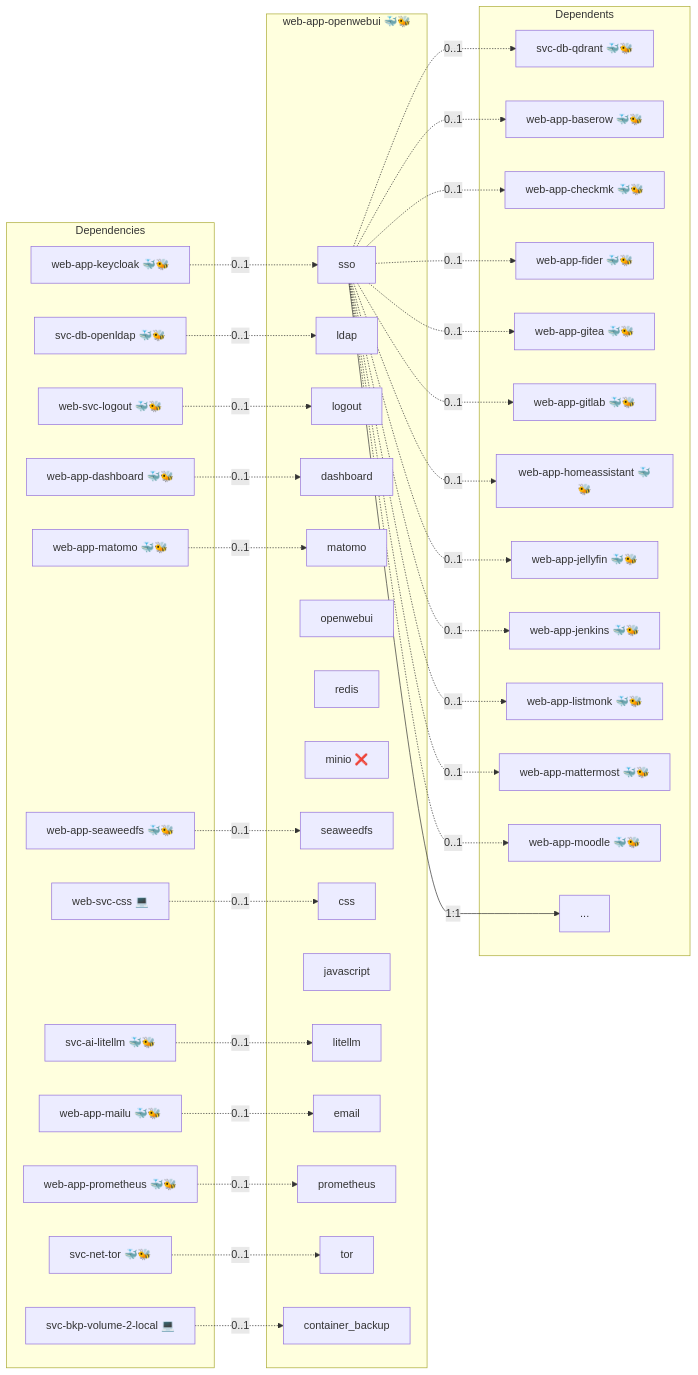
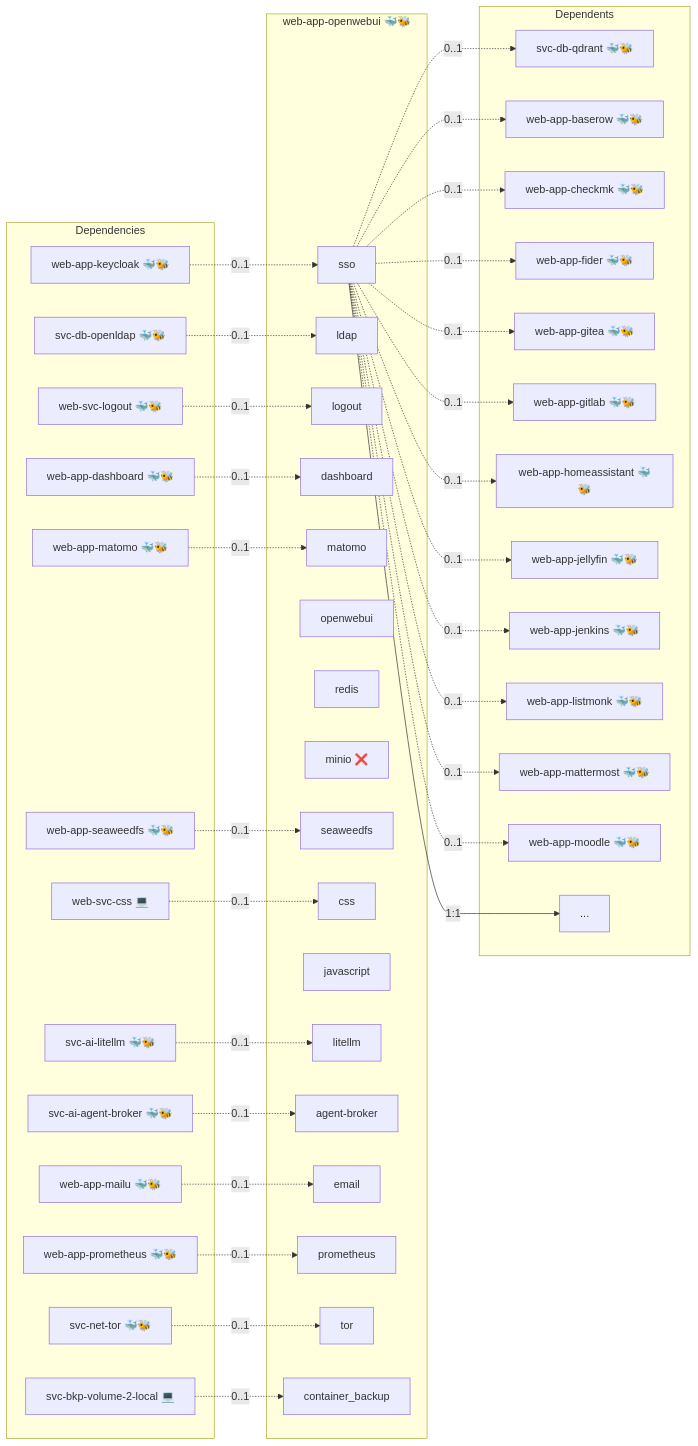
Before and after one commit to infinito-nexus/core: the diagram in roles/web-app-openwebui/README.md, drawn with Mermaid. The commit also changed other lines of this file and 15 other files, not shown here.

````diff
--- a/roles/web-app-openwebui/README.md
+++ b/roles/web-app-openwebui/README.md
@@ -15,75 +15,78 @@
 ```mermaid
 flowchart LR
     subgraph deps [Dependencies]
+        dep_svc_ai_agent_broker["svc-ai-agent-broker 🐳🐝"]
         dep_svc_ai_litellm["svc-ai-litellm 🐳🐝"]
         dep_svc_bkp_volume_2_local["svc-bkp-volume-2-local 💻"]
         dep_svc_db_openldap["svc-db-openldap 🐳🐝"]
         dep_svc_net_tor["svc-net-tor 🐳🐝"]
         dep_web_app_dashboard["web-app-dashboard 🐳🐝"]
         dep_web_app_keycloak["web-app-keycloak 🐳🐝"]
         dep_web_app_mailu["web-app-mailu 🐳🐝"]
         dep_web_app_matomo["web-app-matomo 🐳🐝"]
         dep_web_app_prometheus["web-app-prometheus 🐳🐝"]
         dep_web_app_seaweedfs["web-app-seaweedfs 🐳🐝"]
         dep_web_svc_css["web-svc-css 💻"]
         dep_web_svc_logout["web-svc-logout 🐳🐝"]
     end
     subgraph role [web-app-openwebui 🐳🐝]
         svc_sso["sso"]
         svc_ldap["ldap"]
         svc_logout["logout"]
         svc_dashboard["dashboard"]
         svc_matomo["matomo"]
         svc_openwebui["openwebui"]
         svc_redis["redis"]
         svc_minio["minio ❌"]
         svc_seaweedfs["seaweedfs"]
         svc_css["css"]
         svc_javascript["javascript"]
         svc_litellm["litellm"]
+        svc_agent_broker["agent-broker"]
         svc_email["email"]
         svc_prometheus["prometheus"]
         svc_tor["tor"]
         svc_container_backup["container_backup"]
     end
     subgraph dependents [Dependents]
         dpt_svc_db_qdrant["svc-db-qdrant 🐳🐝"]
         dpt_web_app_baserow["web-app-baserow 🐳🐝"]
         dpt_web_app_checkmk["web-app-checkmk 🐳🐝"]
         dpt_web_app_fider["web-app-fider 🐳🐝"]
         dpt_web_app_gitea["web-app-gitea 🐳🐝"]
         dpt_web_app_gitlab["web-app-gitlab 🐳🐝"]
         dpt_web_app_homeassistant["web-app-homeassistant 🐳🐝"]
         dpt_web_app_jellyfin["web-app-jellyfin 🐳🐝"]
         dpt_web_app_jenkins["web-app-jenkins 🐳🐝"]
         dpt_web_app_listmonk["web-app-listmonk 🐳🐝"]
         dpt_web_app_mattermost["web-app-mattermost 🐳🐝"]
         dpt_web_app_moodle["web-app-moodle 🐳🐝"]
         dpt_more["..."]
     end
+    dep_svc_ai_agent_broker -. "0..1" .-> svc_agent_broker
     dep_svc_ai_litellm -. "0..1" .-> svc_litellm
     dep_svc_bkp_volume_2_local -. "0..1" .-> svc_container_backup
     dep_svc_db_openldap -. "0..1" .-> svc_ldap
     dep_svc_net_tor -. "0..1" .-> svc_tor
     dep_web_app_dashboard -. "0..1" .-> svc_dashboard
     dep_web_app_keycloak -. "0..1" .-> svc_sso
     dep_web_app_mailu -. "0..1" .-> svc_email
     dep_web_app_matomo -. "0..1" .-> svc_matomo
     dep_web_app_prometheus -. "0..1" .-> svc_prometheus
     dep_web_app_seaweedfs -. "0..1" .-> svc_seaweedfs
     dep_web_svc_css -. "0..1" .-> svc_css
     dep_web_svc_logout -. "0..1" .-> svc_logout
     svc_sso -- "1:1" --> dpt_more
     svc_sso -. "0..1" .-> dpt_svc_db_qdrant
     svc_sso -. "0..1" .-> dpt_web_app_baserow
     svc_sso -. "0..1" .-> dpt_web_app_checkmk
     svc_sso -. "0..1" .-> dpt_web_app_fider
     svc_sso -. "0..1" .-> dpt_web_app_gitea
     svc_sso -. "0..1" .-> dpt_web_app_gitlab
     svc_sso -. "0..1" .-> dpt_web_app_homeassistant
     svc_sso -. "0..1" .-> dpt_web_app_jellyfin
     svc_sso -. "0..1" .-> dpt_web_app_jenkins
     svc_sso -. "0..1" .-> dpt_web_app_listmonk
     svc_sso -. "0..1" .-> dpt_web_app_mattermost
     svc_sso -. "0..1" .-> dpt_web_app_moodle
 ```
````
